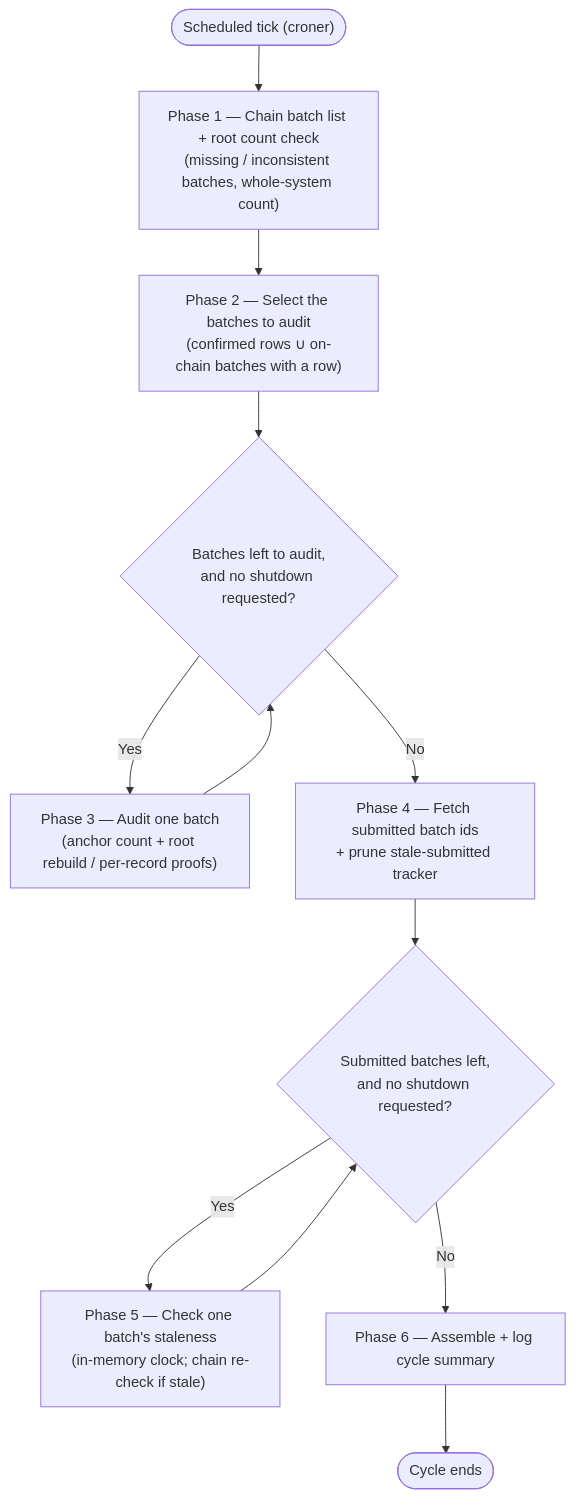
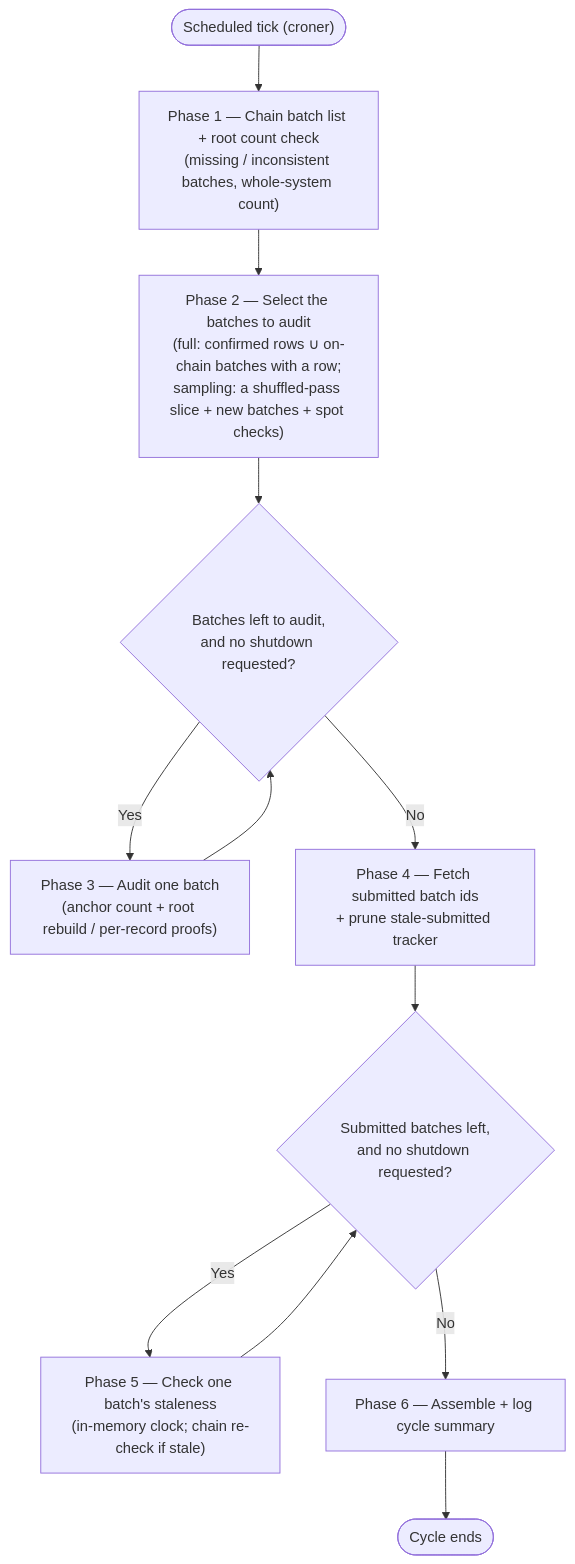
One commit to DanielCorbellini/madis changed the diagram in docs/en/MONITOR_SERVICE_EXECUTION_CYCLE.md. Above: the diagram before and after it, drawn with Mermaid. The commit also changed other lines of this file and 1 other file, not shown here.

Commit message:
docs: describe the monitor's sampling mode (en and pt-br)

````diff
--- a/docs/en/MONITOR_SERVICE_EXECUTION_CYCLE.md
+++ b/docs/en/MONITOR_SERVICE_EXECUTION_CYCLE.md
@@ -59,14 +59,14 @@
 ```mermaid
 flowchart TD
     Start(["Scheduled tick (croner)"]) --> P1["Phase 1 — Chain batch list + root count check<br/>(missing / inconsistent batches, whole-system count)"]
-    P1 --> P2["Phase 2 — Select the batches to audit<br/>(confirmed rows ∪ on-chain batches with a row)"]
+    P1 --> P2["Phase 2 — Select the batches to audit<br/>(full: confirmed rows ∪ on-chain batches with a row;<br/>sampling: a shuffled-pass slice + new batches + spot checks)"]
     P2 --> D1{"Batches left to audit,<br/>and no shutdown requested?"}
     D1 -- Yes --> P3["Phase 3 — Audit one batch<br/>(anchor count + root rebuild / per-record proofs)"]
     P3 --> D1
     D1 -- No --> P4["Phase 4 — Fetch submitted batch ids<br/>+ prune stale-submitted tracker"]
     P4 --> D2{"Submitted batches left,<br/>and no shutdown requested?"}
     D2 -- Yes --> P5["Phase 5 — Check one batch's staleness<br/>(in-memory clock; chain re-check if stale)"]
     P5 --> D2
     D2 -- No --> P6["Phase 6 — Assemble + log cycle summary"]
     P6 --> End(["Cycle ends"])
 ```
````
